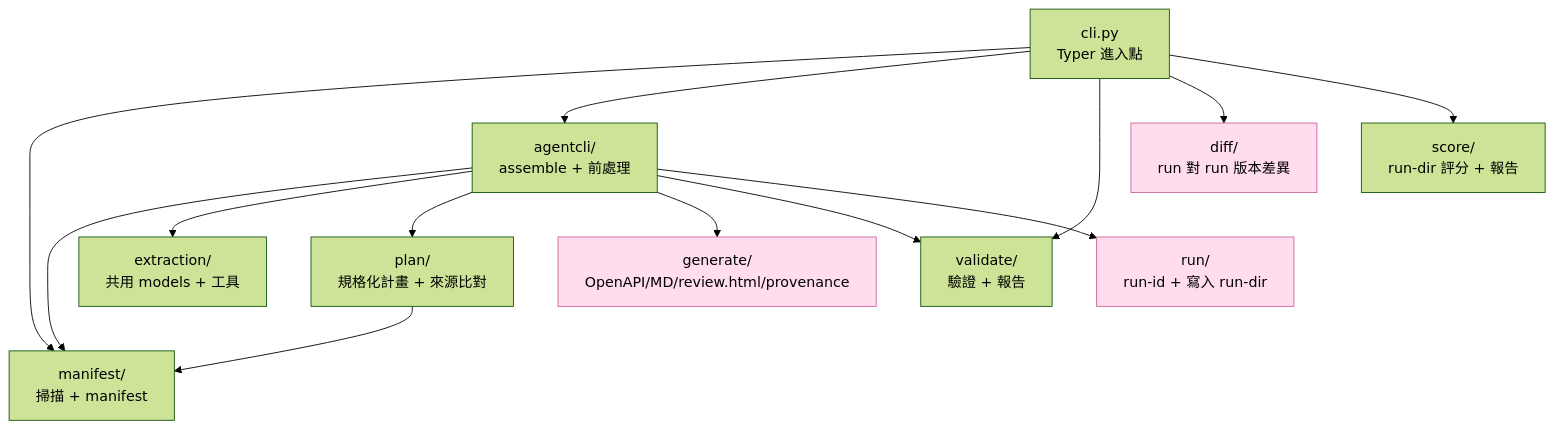
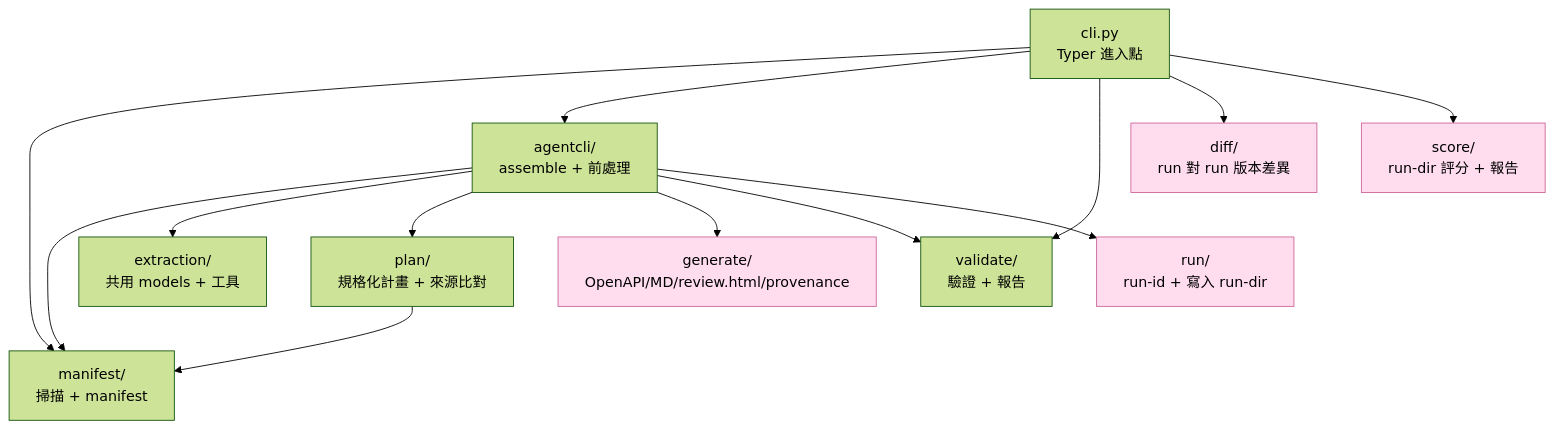
The second of 2 diagrams in docs/ARCHITECTURE.md (CarlLee1983/loop-apidoc), drawn with Mermaid (forest theme) before and after one commit. The commit also changed other lines of this file, not shown here.

Commit message:
docs: [score] list score/report.py as a file-I/O exit in ARCHITECTURE
score/report.py's write_reports function writes score/score.{json,md}
and was missing from both the "檔案 I/O 出口" paragraph and the mermaid
io classDef (which now reads: class generate,run,diff,score io).

````diff
--- a/docs/ARCHITECTURE.md
+++ b/docs/ARCHITECTURE.md
@@ -52,22 +52,22 @@
 ```mermaid
 flowchart TD
     cli[cli.py<br/>Typer 進入點]
 
     cli --> manifest[manifest/<br/>掃描 + manifest]
     cli --> agentcli[agentcli/<br/>assemble + 前處理]
     cli --> validate[validate/<br/>驗證 + 報告]
     cli --> diff[diff/<br/>run 對 run 版本差異]
     cli --> score[score/<br/>run-dir 評分 + 報告]
 
     agentcli --> manifest
     agentcli --> extraction[extraction/<br/>共用 models + 工具]
     agentcli --> plan[plan/<br/>規格化計畫 + 來源比對]
     agentcli --> generate[generate/<br/>OpenAPI/MD/review.html/provenance]
     agentcli --> validate
     agentcli --> run[run/<br/>run-id + 寫入 run-dir]
 
     plan --> manifest
 
     classDef io fill:#fde,stroke:#c69
-    class generate,run,diff io
+    class generate,run,diff,score io
 ```
````
